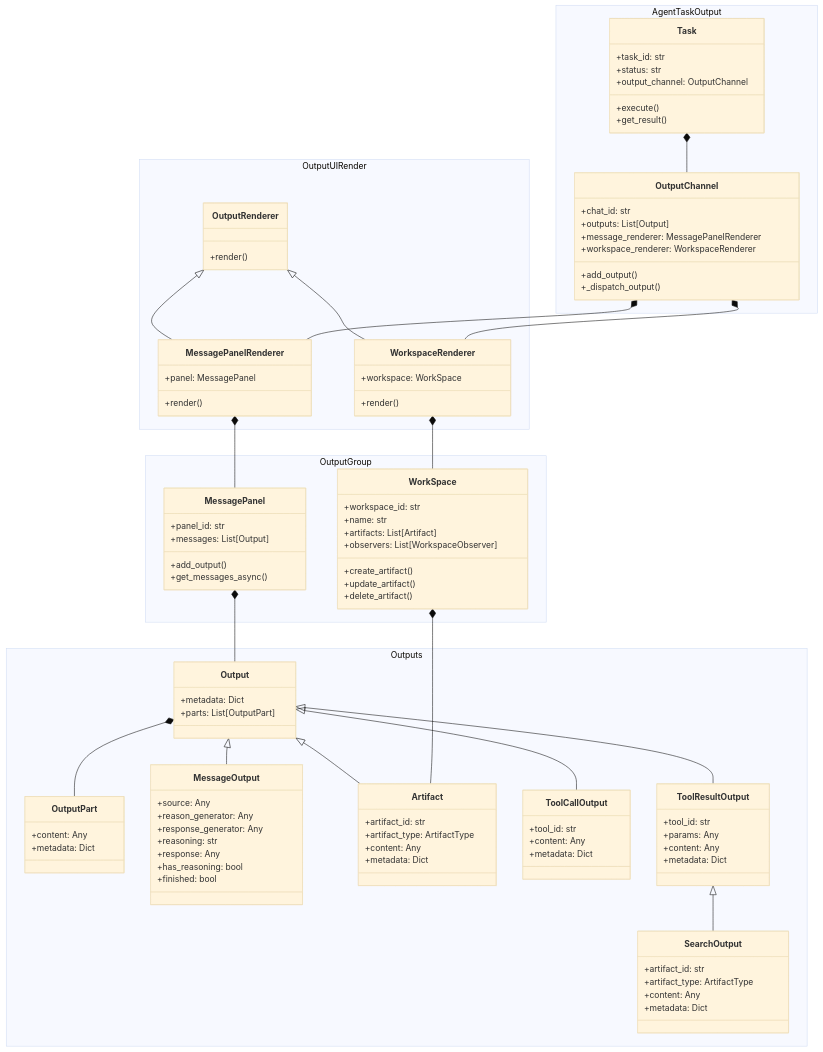
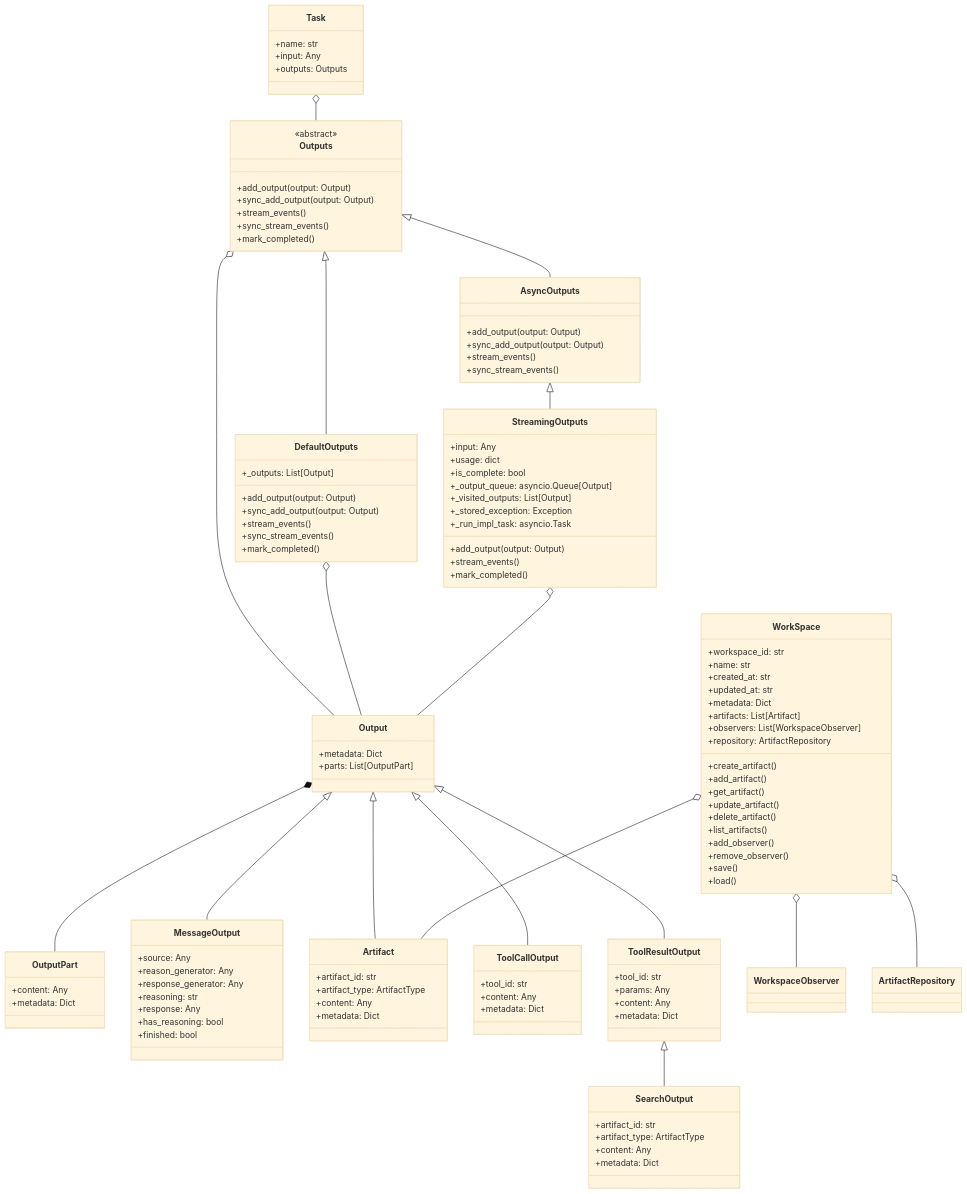
Before and after one commit to yumiao20071126/AWorld: the diagram in aworld/output/README.md, drawn with Mermaid (base theme). The commit also changed other lines of this file and 5 other files, not shown here.

````diff
--- a/aworld/output/README.md
+++ b/aworld/output/README.md
@@ -24,121 +23,134 @@
 ```mermaid
 classDiagram
     direction TB
-%% Base Classes
-
-
-%% Output Related Classes
-    namespace Outputs {
-        class Output {
-            +metadata: Dict
-            +parts: List[OutputPart]
-        }
-        class OutputPart {
-            +content: Any
-            +metadata: Dict
-        }
-        class MessageOutput {
-            +source: Any
-            +reason_generator: Any
-            +response_generator: Any
-            +reasoning: str
-            +response: Any
-            +has_reasoning: bool
-            +finished: bool
-        }
-        class Artifact {
-            +artifact_id: str
-            +artifact_type: ArtifactType
-            +content: Any
-            +metadata: Dict
-        }
-        class ToolCallOutput {
-            +tool_id: str
-            +content: Any
-            +metadata: Dict
-        }
-        class ToolResultOutput {
-            +tool_id: str
-            +params: Any
-            +content: Any
-            +metadata: Dict
-        }
-        class SearchOutput {
-            +artifact_id: str
-            +artifact_type: ArtifactType
-            +content: Any
-            +metadata: Dict
-        }
+    %% Output Related Classes
+    class Output {
+        +metadata: Dict
+        +parts: List[OutputPart]
+    }
+    class OutputPart {
+        +content: Any
+        +metadata: Dict
+    }
+    Output *-- OutputPart
+    class Outputs {
+        <<abstract>>
+        +add_output(output: Output)
+        +sync_add_output(output: Output)
+        +stream_events()
+        +sync_stream_events()
+        +mark_completed()
+    }
+    class AsyncOutputs {
+        +add_output(output: Output)
+        +sync_add_output(output: Output)
+        +stream_events()
+        +sync_stream_events()
+    }
+    class DefaultOutputs {
+        +_outputs: List[Output]
+        +add_output(output: Output)
+        +sync_add_output(output: Output)
+        +stream_events()
+        +sync_stream_events()
+        +mark_completed()
+    }
+    class StreamingOutputs {
+        +input: Any
+        +usage: dict
+        +is_complete: bool
+        +_output_queue: asyncio.Queue[Output]
+        +_visited_outputs: List[Output]
+        +_stored_exception: Exception
+        +_run_impl_task: asyncio.Task
+        +add_output(output: Output)
+        +stream_events()
+        +mark_completed()
+    }
+    class MessageOutput {
+        +source: Any
+        +reason_generator: Any
+        +response_generator: Any
+        +reasoning: str
+        +response: Any
+        +has_reasoning: bool
+        +finished: bool
+    }
+    class Artifact {
+        +artifact_id: str
+        +artifact_type: ArtifactType
+        +content: Any
+        +metadata: Dict
+    }
+    class ToolCallOutput {
+        +tool_id: str
+        +content: Any
+        +metadata: Dict
+    }
+    class ToolResultOutput {
+        +tool_id: str
+        +params: Any
+        +content: Any
+        +metadata: Dict
+    }
+    class SearchOutput {
+        +artifact_id: str
+        +artifact_type: ArtifactType
+        +content: Any
+        +metadata: Dict
     }
 
-    namespace Output Group {
-    %% Panel Related Classes
-        class MessagePanel {
-            +panel_id: str
-            +messages: List[Output]
-            +add_output()
-            +get_messages_async()
-        }
-
-    %% Workspace Related Classes
-        class WorkSpace {
-            +workspace_id: str
-            +name: str
-            +artifacts: List[Artifact]
-            +observers: List[WorkspaceObserver]
-            +create_artifact()
-            +update_artifact()
-            +delete_artifact()
-        }
-    }
-
-    namespace Output UI Render {
-        class OutputRenderer {
-            +render()
-        }
-        class MessagePanelRenderer {
-            +panel: MessagePanel
-            +render()
-        }
-        class WorkspaceRenderer {
-            +workspace: WorkSpace
-            +render()
-        }
-    }
-
-    namespace AgentTaskOutput {
-    %% Task and Channel Classes
-        class Task {
-            +task_id: str
-            +status: str
-            +output_channel: OutputChannel
-            +execute()
-            +get_result()
-        }
-        class OutputChannel {
-            +chat_id: str
-            +outputs: List[Output]
-            +message_renderer: MessagePanelRenderer
-            +workspace_renderer: WorkspaceRenderer
-            +add_output()
-            +_dispatch_output()
-        }
-    }
-    Output *-- OutputPart
-%% Inheritance Relationships
+    %% Inheritance Relationships
+    Outputs <|-- AsyncOutputs
+    Outputs <|-- DefaultOutputs
+    AsyncOutputs <|-- StreamingOutputs
     Output <|-- MessageOutput
     Output <|-- Artifact
     Output <|-- ToolCallOutput
     Output <|-- ToolResultOutput
     ToolResultOutput <|-- SearchOutput
-    OutputRenderer <|-- MessagePanelRenderer
-    OutputRenderer <|-- WorkspaceRenderer
-%% Composition Relationships
-    MessagePanel *-- Output
-    MessagePanelRenderer *-- MessagePanel
-    WorkspaceRenderer *-- WorkSpace
-    WorkSpace *-- Artifact
-    OutputChannel *-- MessagePanelRenderer
-    OutputChannel *-- WorkspaceRenderer
-    Task *-- OutputChannel
+
+    %% Aggregation/Composition
+    Outputs o-- Output
+    DefaultOutputs o-- Output
+    StreamingOutputs o-- Output
+
+    %% Workspace Related Classes
+    class WorkSpace {
+        +workspace_id: str
+        +name: str
+        +created_at: str
+        +updated_at: str
+        +metadata: Dict
+        +artifacts: List[Artifact]
+        +observers: List[WorkspaceObserver]
+        +repository: ArtifactRepository
+        +create_artifact()
+        +add_artifact()
+        +get_artifact()
+        +update_artifact()
+        +delete_artifact()
+        +list_artifacts()
+        +add_observer()
+        +remove_observer()
+        +save()
+        +load()
+    }
+    class WorkspaceObserver
+    class ArtifactRepository
+
+    WorkSpace o-- Artifact
+    WorkSpace o-- WorkspaceObserver
+    WorkSpace o-- ArtifactRepository
+
+    %% Task Related Classes
+    class Task {
+        +name: str
+        +input: Any
+        +outputs: Outputs
+    }
+
+    class Outputs
+
+    Task o-- Outputs
 ```
````
